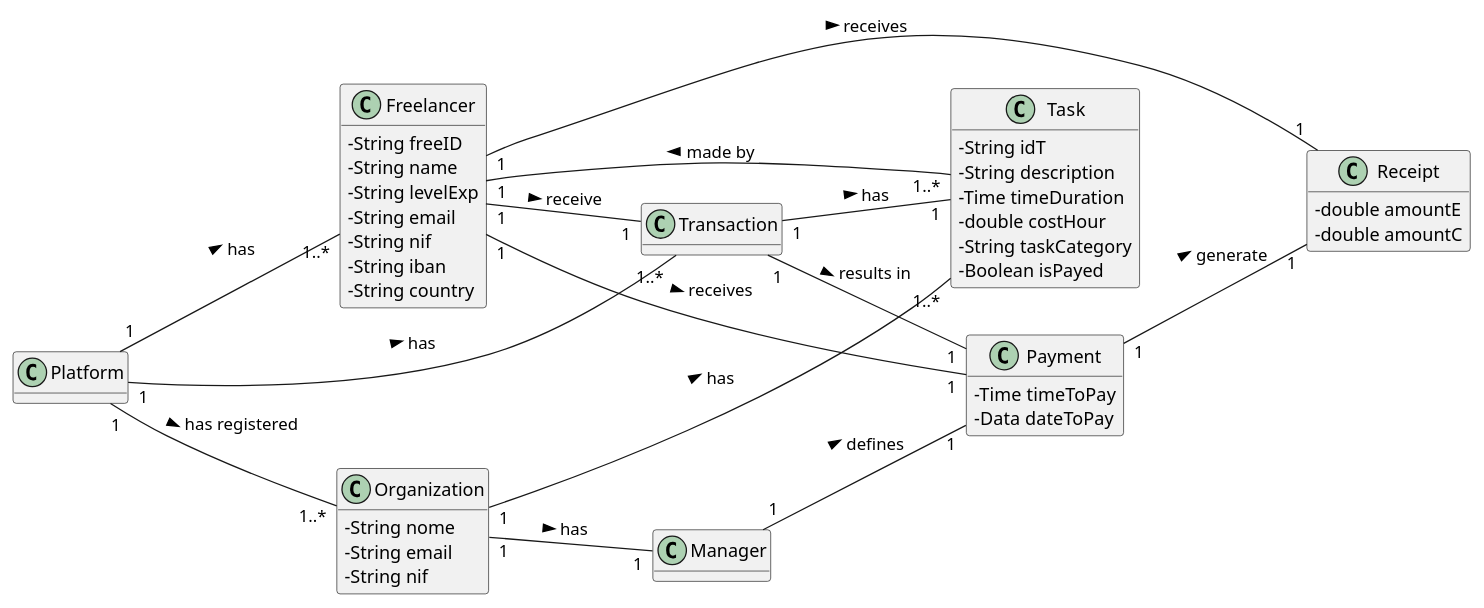
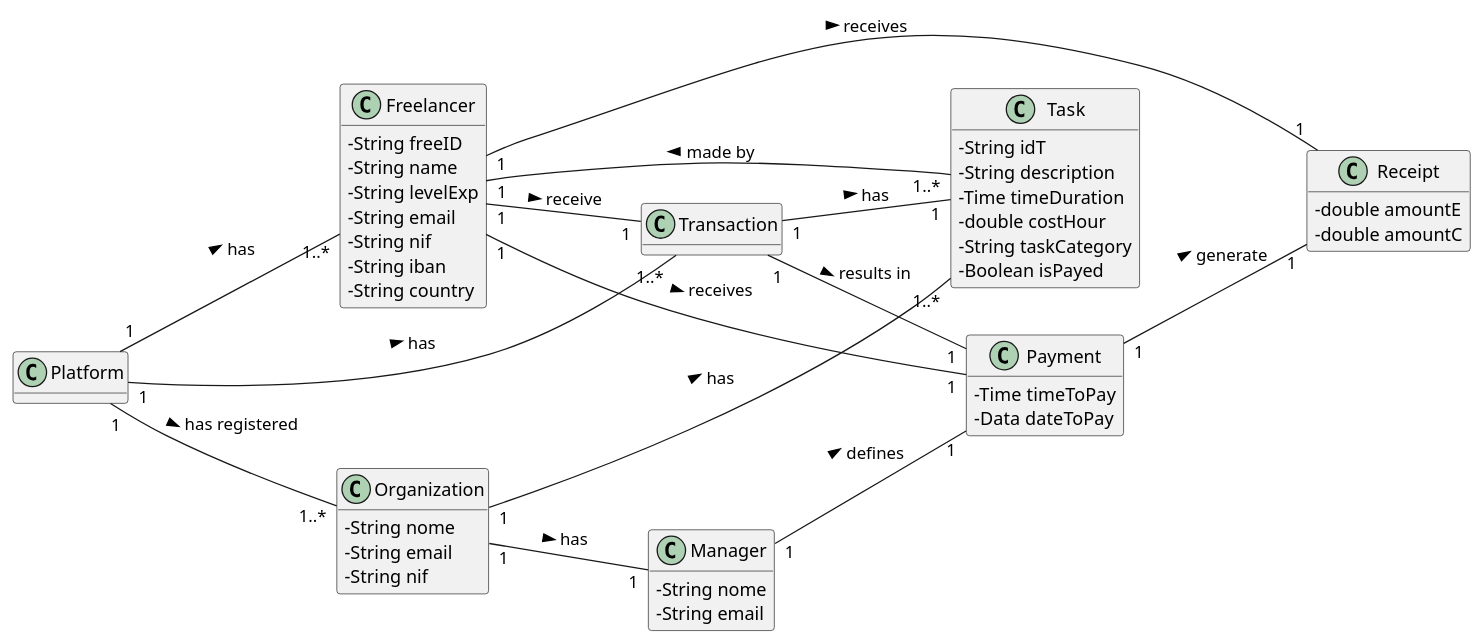
Before and after one commit to 1190452/LAPR2: the diagram in docs/UC7 - Do Payment Automatically/UC7_MD.puml, drawn with PlantUML.

Commit message:
[UC7] - adjustments in md

```diff
--- a/docs/UC7 - Do Payment Automatically/UC7_MD.puml
+++ b/docs/UC7 - Do Payment Automatically/UC7_MD.puml
@@ -1,77 +1,81 @@
 @startuml
 skinparam classAttributeIconSize 0
 hide methods
 left to right direction
 
 class Platform{
 }
 class Freelancer {
   -String freeID
   -String name
   -String levelExp
   -String email
   -String nif
   -String iban
   -String country
 }
 
 class Organization {
   -String nome
   -String email
   -String nif
 }
 
 
 class Task {
   -String idT
   -String description
   -Time timeDuration
   -double costHour
   -String taskCategory
   -Boolean isPayed
 }
 
 class Receipt {
   -double amountE
   -double amountC
 }
 
 class Transaction {
 
 }
 
+class Manager {
+  -String nome
+  -String email
+}
 
 
 class Payment{
   -Time timeToPay
   -Data dateToPay
 }
 
 
 
 
 
 Freelancer "1" -- "1" Transaction: receive >
 Freelancer "1" -- "1" Receipt: receives >
 Freelancer "1" -- "1" Payment: receives >
 
 Task "1..*" -- "1" Freelancer: made by >
 
 Platform "1" -- "1..*" Transaction: has >
 Platform "1" -- "1..*" Organization: has registered >
 Platform "1" -- "1..*" Freelancer: has >
 
 Organization "1" -- "1..*" Task: has >
 Organization "1" -- "1" Manager: has >
 
 Manager "1" -- "1" Payment: defines >
 
 Transaction "1" -- "1" Payment: results in >
 Transaction "1" -- "1" Task: has >
 
 Payment "1" -- "1" Receipt: generate >
 
 
 
 
 @enduml
```
